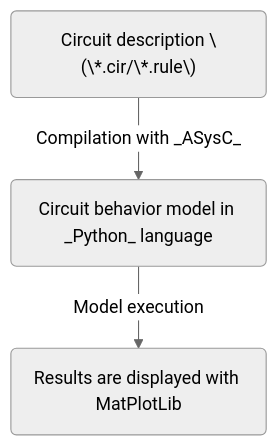
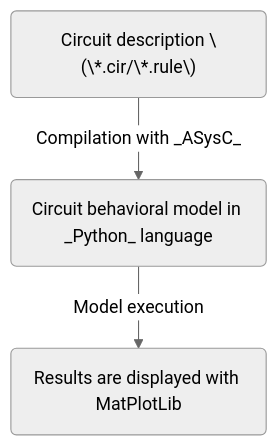
The fifth of 5 diagrams in doc/asysc.adoc (analog-system-compiler/asysc), drawn with Mermaid before and after one commit. The commit also changed other lines of this file and 4 other files, not shown here.

```diff
--- a/doc/asysc.adoc
+++ b/doc/asysc.adoc
@@ -306,13 +306,13 @@
 [mermaid,format=png, align="center"]
 ----
 ---
 config:
   theme: neutral
   look: classic
 ---
 flowchart TD
 A("Circuit description \(\*.cir/\*.rule\)")
-B("Circuit behavior model in _Python_ language")
+B("Circuit behavioral model in _Python_ language")
 C("Results are displayed with MatPlotLib")
 A -- Compilation with _ASysC_ -->B --Model execution--> C
 ----
```
